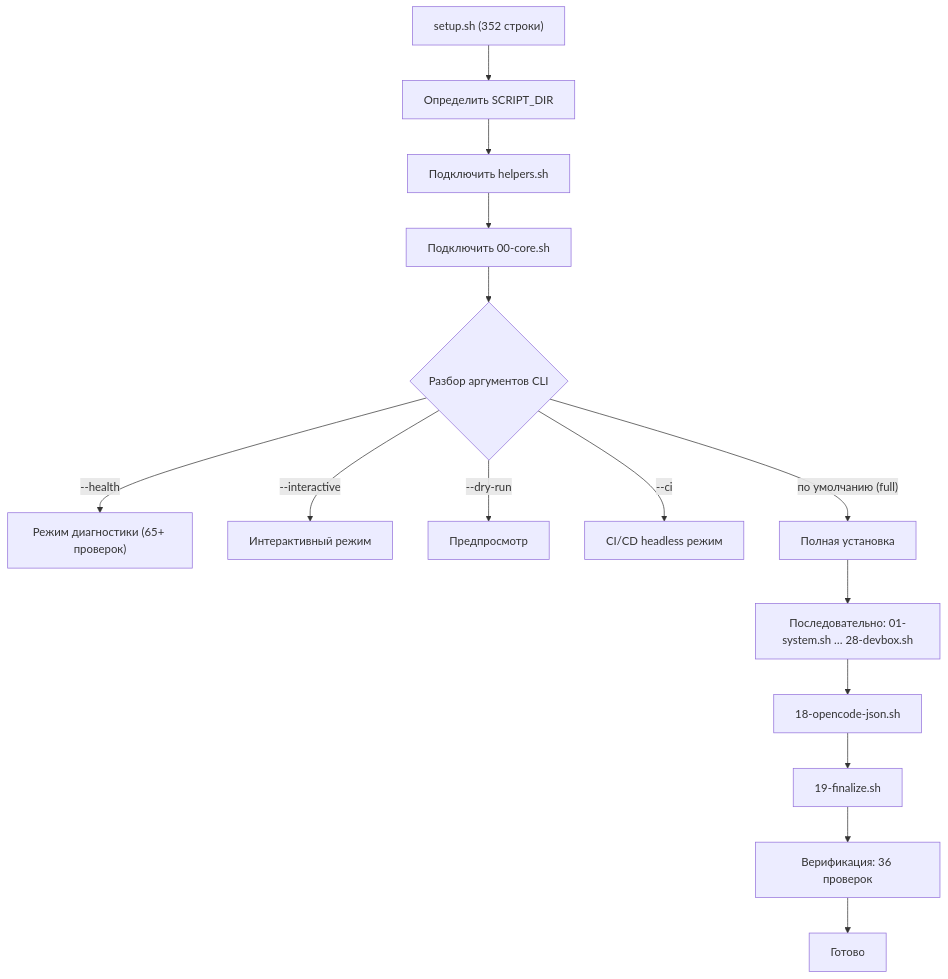
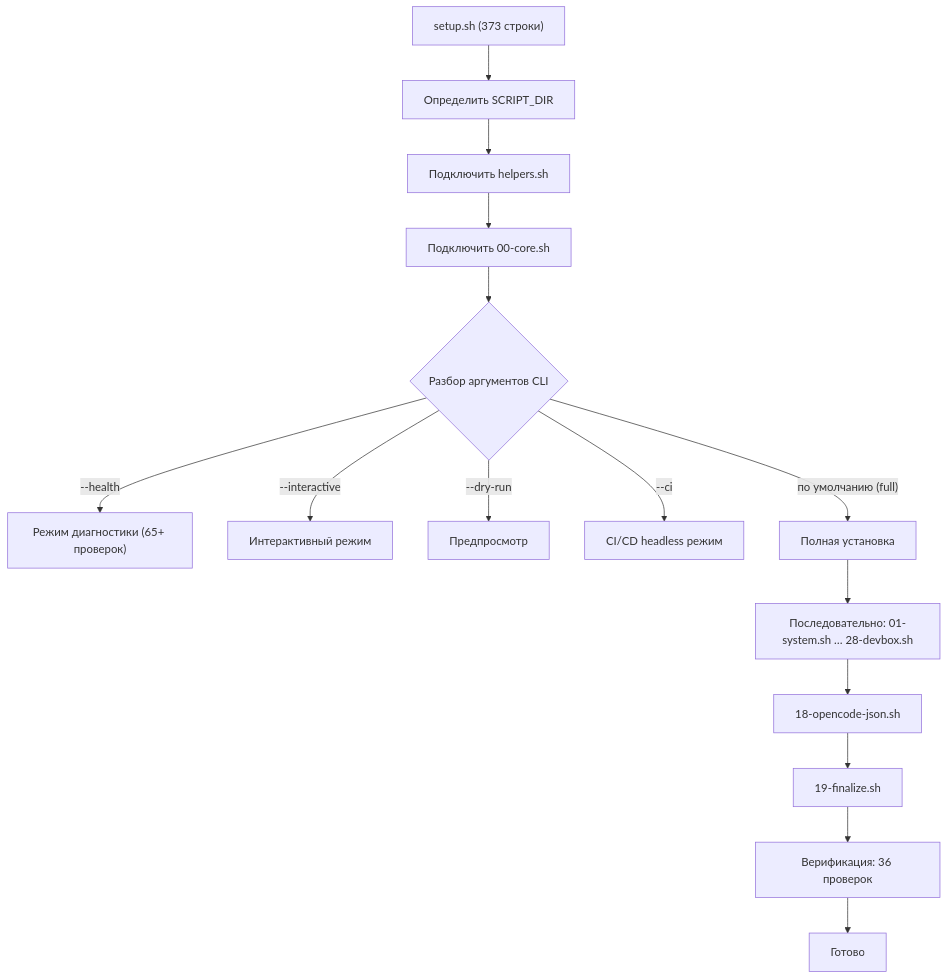
The fourth of 5 diagrams in docs/architecture/index.ru.md (AlexanderNarbaev/opencode_initializer), drawn with Mermaid before and after one commit. The commit also changed other lines of this file and 8 other files, not shown here.

````diff
--- a/docs/architecture/index.ru.md
+++ b/docs/architecture/index.ru.md
@@ -113,18 +113,18 @@
 ```mermaid
 flowchart TD
-    A["setup.sh (352 строки)"] --> B["Определить SCRIPT_DIR"]
+    A["setup.sh (373 строки)"] --> B["Определить SCRIPT_DIR"]
     B --> C["Подключить helpers.sh"]
     C --> D["Подключить 00-core.sh"]
     D --> E{"Разбор аргументов CLI"}
     E -->|"--health"| H["Режим диагностики (65+ проверок)"]
     E -->|"--interactive"| K["Интерактивный режим"]
     E -->|"--dry-run"| J["Предпросмотр"]
     E -->|"--ci"| CI["CI/CD headless режим"]
     E -->|"по умолчанию (full)"| M["Полная установка"]
 
     M --> N["Последовательно: 01-system.sh … 28-devbox.sh"]
     N --> O["18-opencode-json.sh"]
     O --> P["19-finalize.sh"]
     P --> Q["Верификация: 36 проверок"]
     Q --> R["Готово"]
 ```
````
